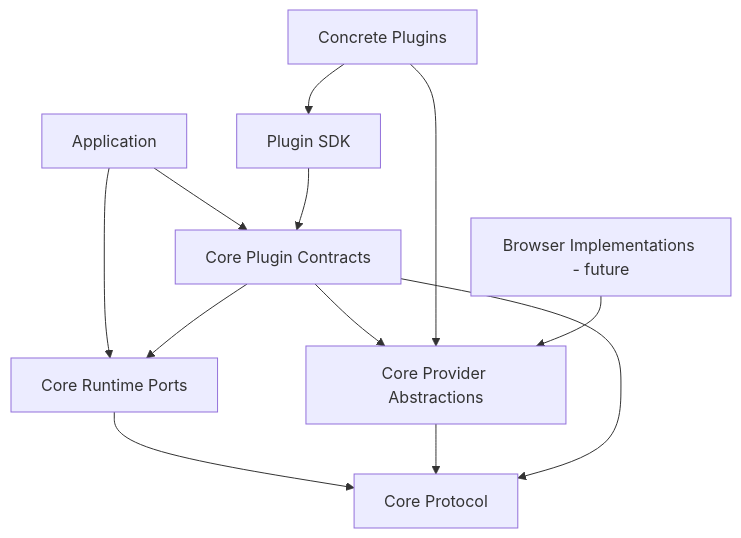
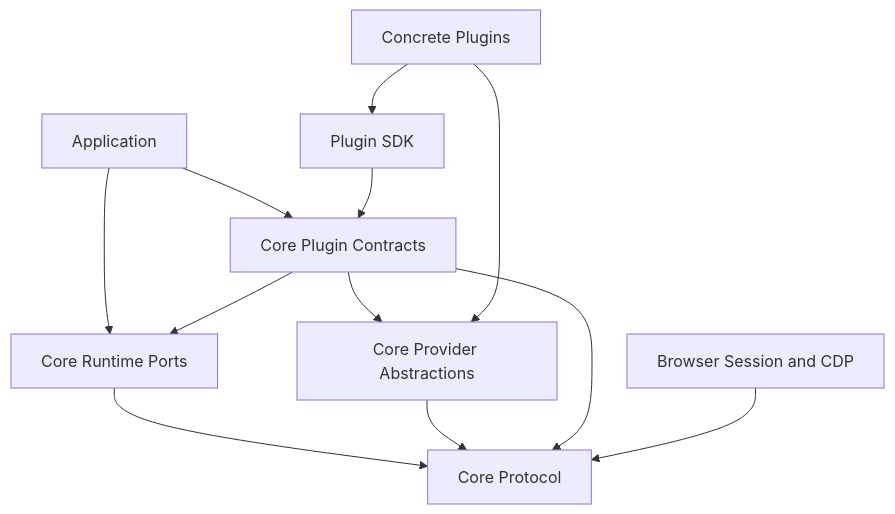
One commit to Itsukiii/Browser-CLI-Agent changed the diagram in docs/ARCHITECTURE.md. Above: the diagram before and after it, drawn with Mermaid. The commit also changed 25 other files, not shown here.

````diff
--- a/docs/ARCHITECTURE.md
+++ b/docs/ARCHITECTURE.md
@@ -26,14 +26,14 @@
 ```mermaid
 flowchart TD
     App[Application] --> Plugins[Core Plugin Contracts]
     App --> Runtime[Core Runtime Ports]
     Plugins --> Runtime
     Plugins --> Providers[Core Provider Abstractions]
     Runtime --> Protocol[Core Protocol]
     Providers --> Protocol
     Plugins --> Protocol
     SDK[Plugin SDK] --> Plugins
     Concrete[Concrete Plugins] --> SDK
     Concrete --> Providers
-    Browser[Browser Implementations - future] --> Providers
+    Browser[Browser Session and CDP] --> Protocol
 ```
````
